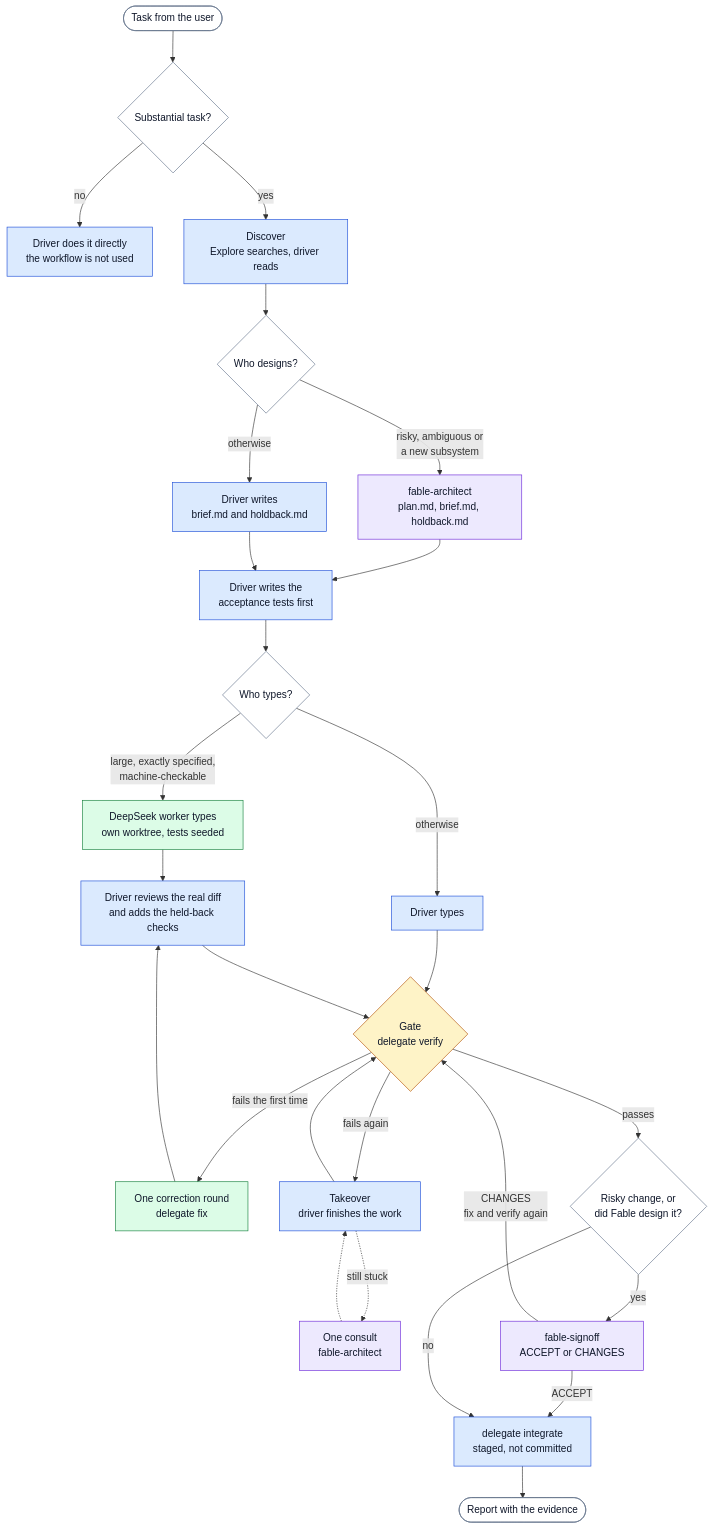
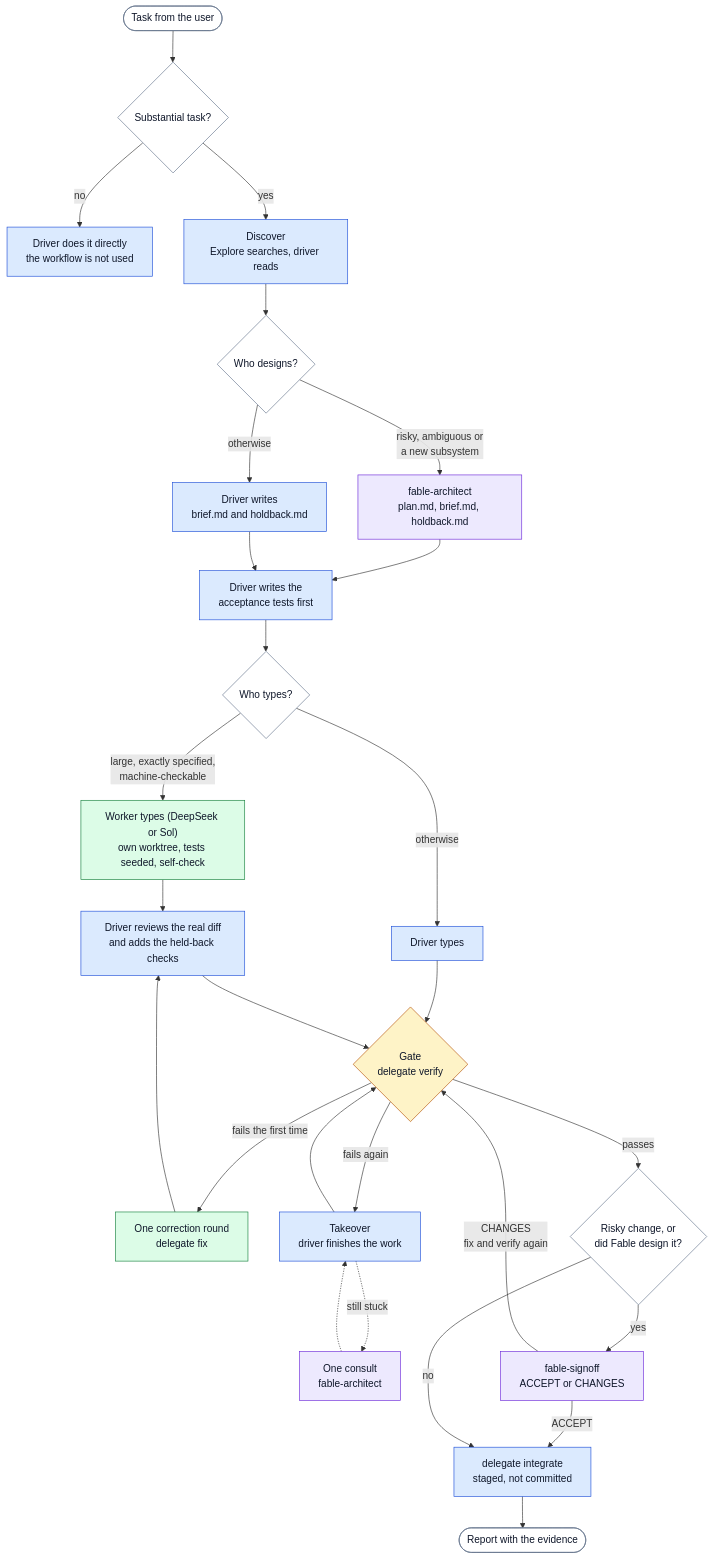
The first of 2 diagrams in README.md (joshuachuaaa/claude-deepseek-orchestrator-workflow), drawn with Mermaid before and after one commit. The commit also changed other lines of this file and 7 other files, not shown here.

First line of the commit message:
Add GPT-6.2 Sol as a second typist, with an effort ladder and a self-check

````diff
--- a/README.md
+++ b/README.md
@@ -42,40 +44,40 @@
 ```mermaid
 flowchart TD
     U(["Task from the user"]) --> TR{"Substantial task?"}
     TR -- "no" --> DIRECT["Driver does it directly<br/>the workflow is not used"]
     TR -- "yes" --> DISC["Discover<br/>Explore searches, driver reads"]
     DISC --> WD{"Who designs?"}
     WD -- "risky, ambiguous or<br/>a new subsystem" --> ARCH["fable-architect<br/>plan.md, brief.md, holdback.md"]
     WD -- "otherwise" --> DBRIEF["Driver writes<br/>brief.md and holdback.md"]
     ARCH --> TESTS["Driver writes the<br/>acceptance tests first"]
     DBRIEF --> TESTS
     TESTS --> WT{"Who types?"}
-    WT -- "large, exactly specified,<br/>machine-checkable" --> WORK["DeepSeek worker types<br/>own worktree, tests seeded"]
+    WT -- "large, exactly specified,<br/>machine-checkable" --> WORK["Worker types (DeepSeek or Sol)<br/>own worktree, tests seeded, self-check"]
     WT -- "otherwise" --> DTYPE["Driver types"]
     WORK --> REV["Driver reviews the real diff<br/>and adds the held-back checks"]
     DTYPE --> GATE
     REV --> GATE{"Gate<br/>delegate verify"}
     GATE -- "fails the first time" --> FIX["One correction round<br/>delegate fix"]
     FIX --> REV
     GATE -- "fails again" --> TAKE["Takeover<br/>driver finishes the work"]
     TAKE --> GATE
     TAKE -. "still stuck" .-> CONS["One consult<br/>fable-architect"]
     CONS -.-> TAKE
     GATE -- "passes" --> NEED{"Risky change, or<br/>did Fable design it?"}
     NEED -- "yes" --> SIGN["fable-signoff<br/>ACCEPT or CHANGES"]
     SIGN -- "CHANGES<br/>fix and verify again" --> GATE
     SIGN -- "ACCEPT" --> INT["delegate integrate<br/>staged, not committed"]
     NEED -- "no" --> INT
     INT --> REP(["Report with the evidence"])
 
     classDef driver fill:#dbeafe,stroke:#1d4ed8,color:#0f172a
     classDef judge fill:#ede9fe,stroke:#6d28d9,color:#0f172a
     classDef typist fill:#dcfce7,stroke:#15803d,color:#0f172a
     classDef gate fill:#fef3c7,stroke:#b45309,color:#0f172a
     classDef plain fill:#ffffff,stroke:#64748b,color:#0f172a
     class DIRECT,DISC,DBRIEF,TESTS,DTYPE,REV,TAKE,INT driver
     class ARCH,CONS,SIGN judge
     class WORK,FIX typist
     class GATE gate
     class U,TR,WD,WT,NEED,REP plain
 ```
````
